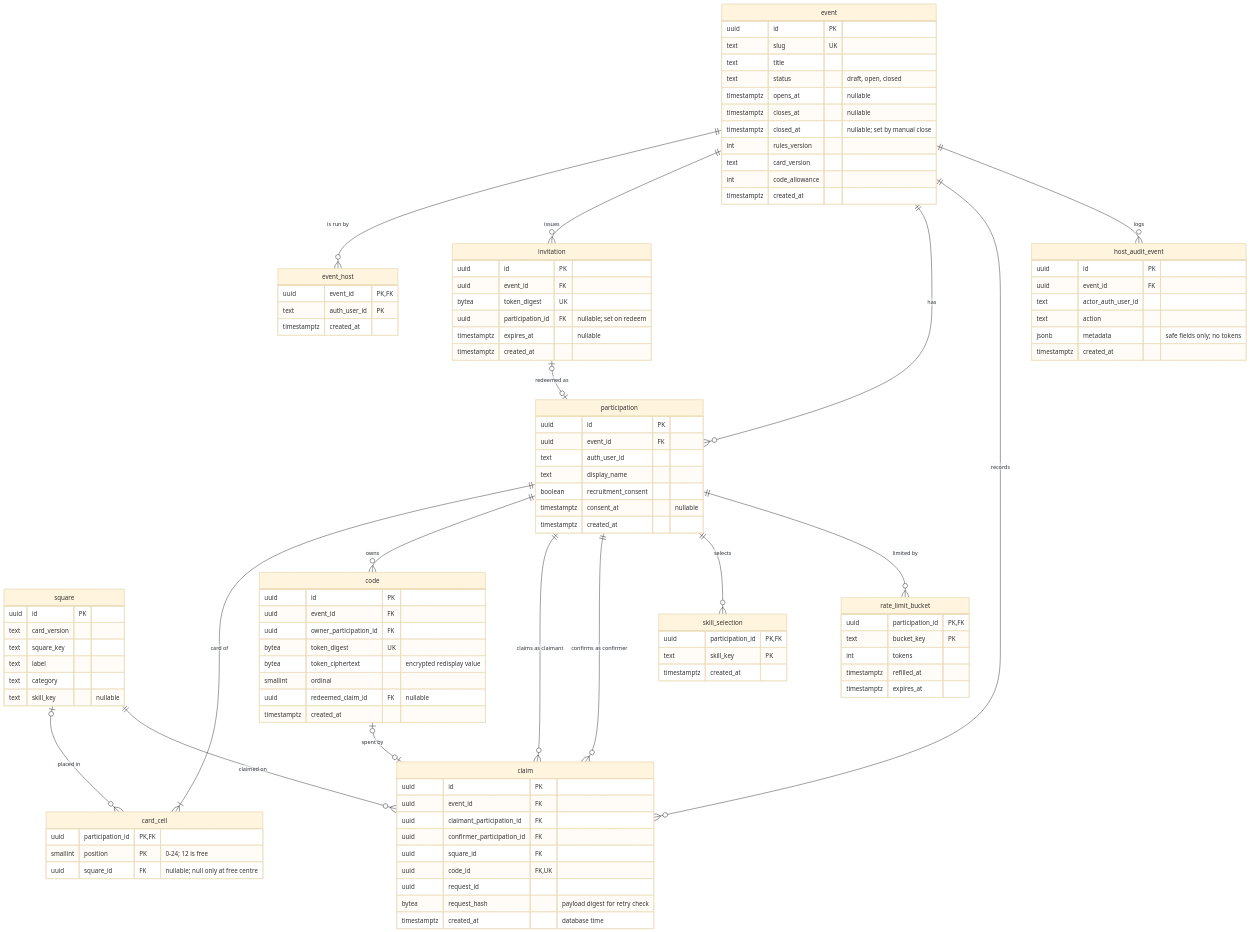
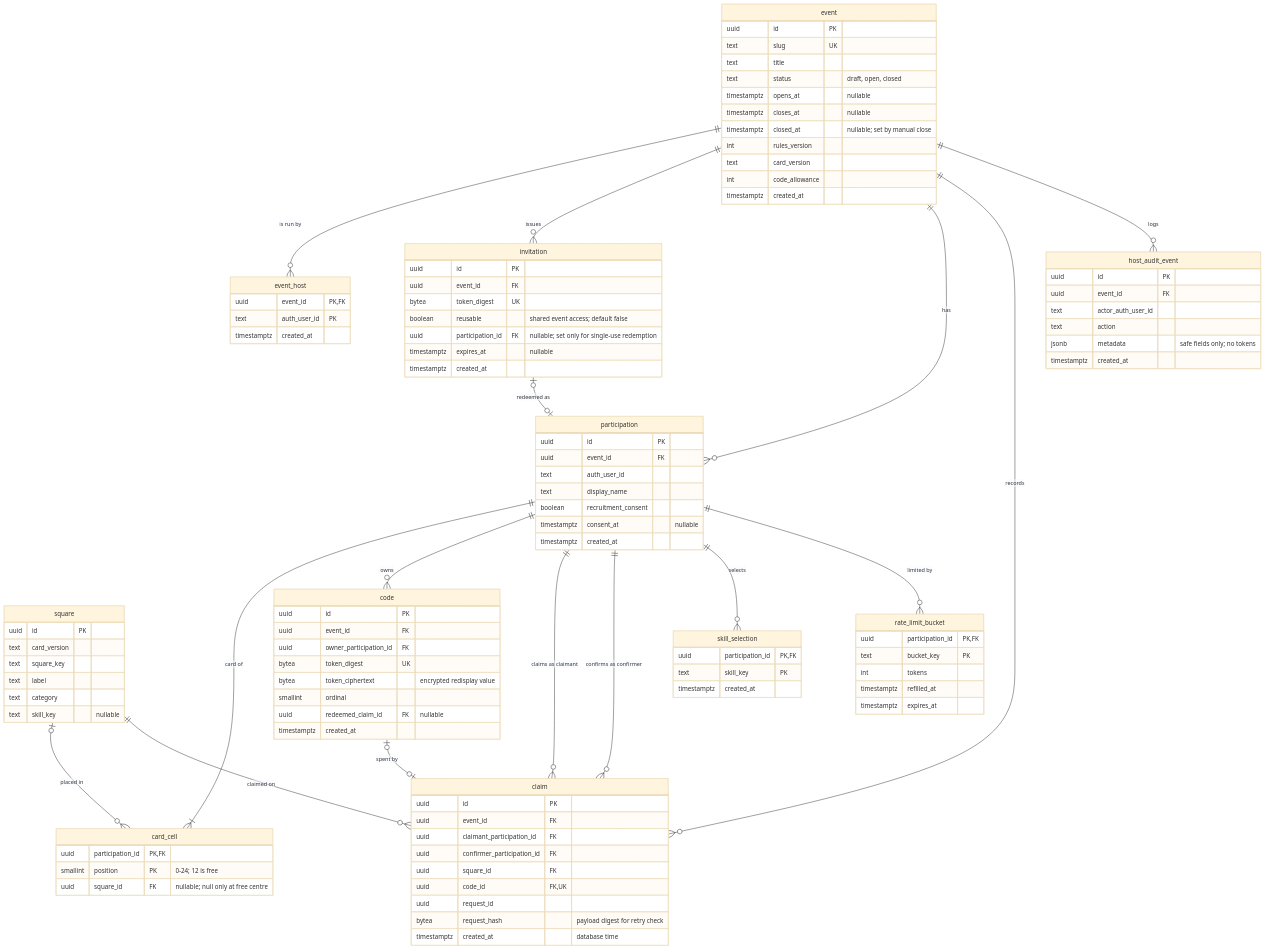
The second of 2 diagrams in docs/sdd-gdgbingo.md (GDG-PUP-Manila/gdgbingo), drawn with Mermaid (base theme) before and after one commit. The commit also changed other lines of this file and 19 other files, not shown here.

```diff
--- a/docs/sdd-gdgbingo.md
+++ b/docs/sdd-gdgbingo.md
@@ -110,7 +110,8 @@
         uuid id PK
         uuid event_id FK
         bytea token_digest UK
-        uuid participation_id FK "nullable; set on redeem"
+        boolean reusable "shared event access; default false"
+        uuid participation_id FK "nullable; set only for single-use redemption"
         timestamptz expires_at "nullable"
         timestamptz created_at
     }
```
